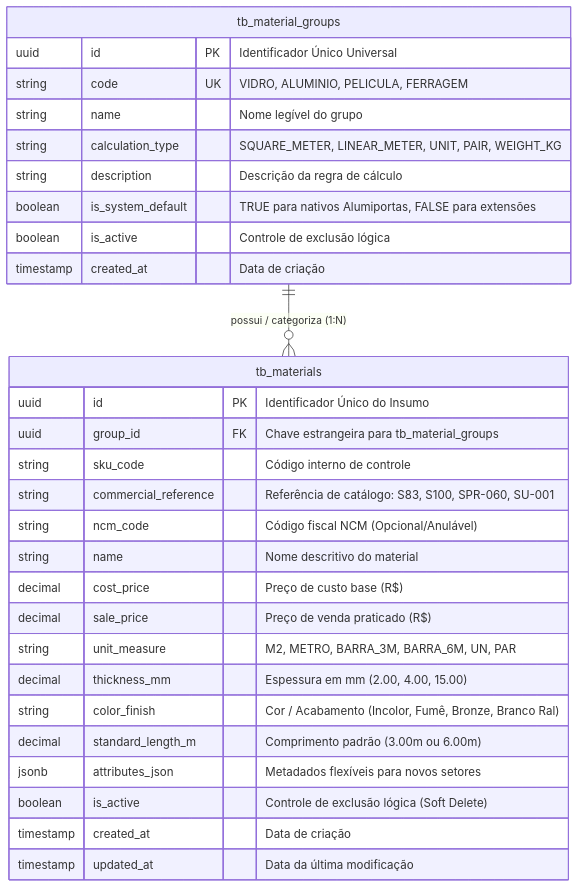
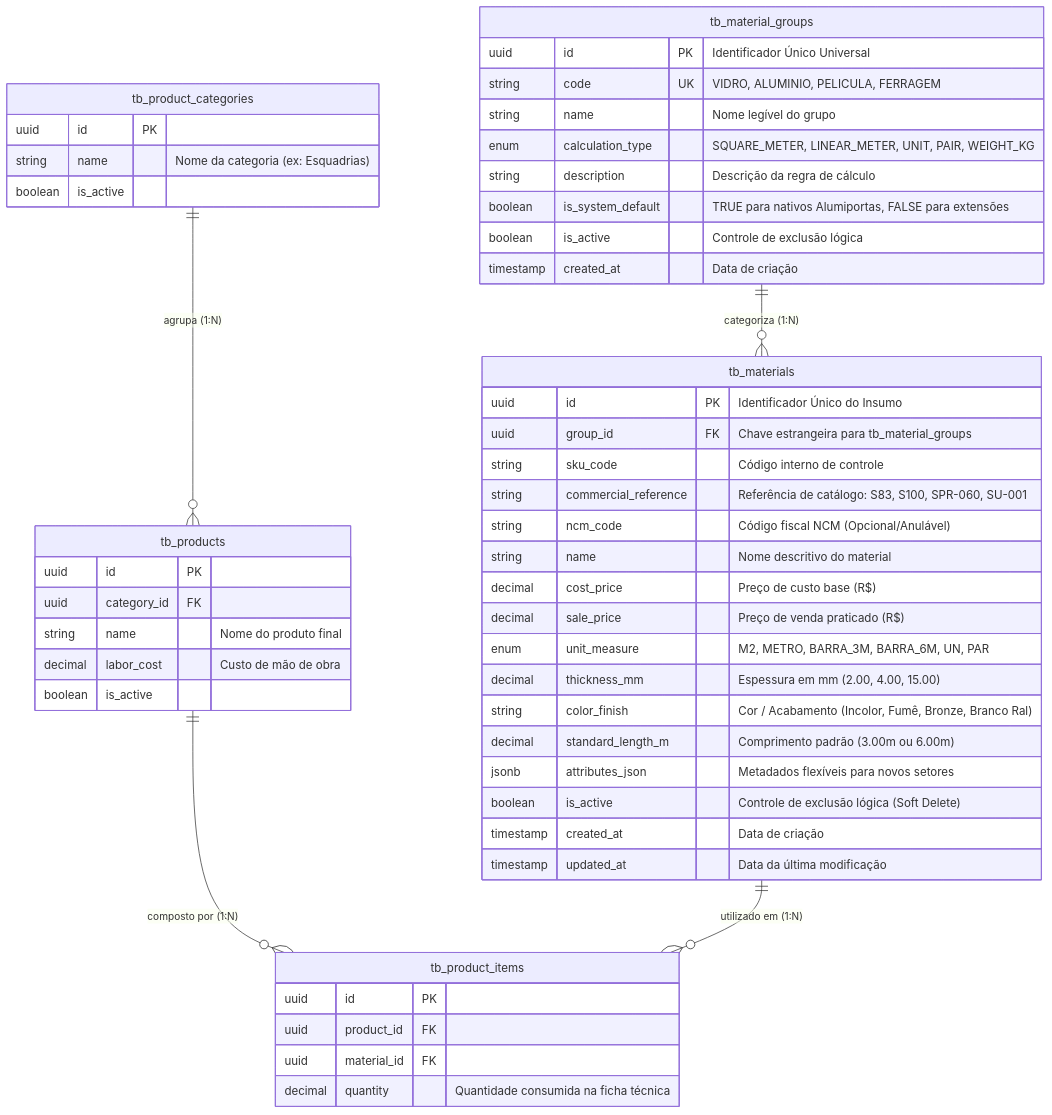
Before and after one commit to ADS-IFPB-SR/alumigest: the diagram in docs/sistema/001-analise-projeto/DER-Catalogo_Materiais.md, drawn with Mermaid. The commit also changed other lines of this file and 15 other files, not shown here.

````diff
--- a/docs/sistema/001-analise-projeto/DER-Catalogo_Materiais.md
+++ b/docs/sistema/001-analise-projeto/DER-Catalogo_Materiais.md
@@ -27,34 +27,58 @@
 ```mermaid
 erDiagram
-    tb_material_groups ||--o{ tb_materials : "possui / categoriza (1:N)"
+    tb_material_groups ||--o{ tb_materials : "categoriza (1:N)"
+    tb_product_categories ||--o{ tb_products : "agrupa (1:N)"
+    tb_products ||--o{ tb_product_items : "composto por (1:N)"
+    tb_materials ||--o{ tb_product_items : "utilizado em (1:N)"
     
     tb_material_groups {
         uuid id PK "Identificador Único Universal"
         string code UK "VIDRO, ALUMINIO, PELICULA, FERRAGEM"
         string name "Nome legível do grupo"
-        string calculation_type "SQUARE_METER, LINEAR_METER, UNIT, PAIR, WEIGHT_KG"
+        enum calculation_type "SQUARE_METER, LINEAR_METER, UNIT, PAIR, WEIGHT_KG"
         string description "Descrição da regra de cálculo"
         boolean is_system_default "TRUE para nativos Alumiportas, FALSE para extensões"
         boolean is_active "Controle de exclusão lógica"
         timestamp created_at "Data de criação"
     }
 
     tb_materials {
         uuid id PK "Identificador Único do Insumo"
         uuid group_id FK "Chave estrangeira para tb_material_groups"
         string sku_code "Código interno de controle"
         string commercial_reference "Referência de catálogo: S83, S100, SPR-060, SU-001"
         string ncm_code "Código fiscal NCM (Opcional/Anulável)"
         string name "Nome descritivo do material"
         decimal cost_price "Preço de custo base (R$)"
         decimal sale_price "Preço de venda praticado (R$)"
-        string unit_measure "M2, METRO, BARRA_3M, BARRA_6M, UN, PAR"
+        enum unit_measure "M2, METRO, BARRA_3M, BARRA_6M, UN, PAR"
         decimal thickness_mm "Espessura em mm (2.00, 4.00, 15.00)"
         string color_finish "Cor / Acabamento (Incolor, Fumê, Bronze, Branco Ral)"
         decimal standard_length_m "Comprimento padrão (3.00m ou 6.00m)"
         jsonb attributes_json "Metadados flexíveis para novos setores"
         boolean is_active "Controle de exclusão lógica (Soft Delete)"
         timestamp created_at "Data de criação"
         timestamp updated_at "Data da última modificação"
     }
+
+    tb_product_categories {
+        uuid id PK
+        string name "Nome da categoria (ex: Esquadrias)"
+        boolean is_active
+    }
+
+    tb_products {
+        uuid id PK
+        uuid category_id FK
+        string name "Nome do produto final"
+        decimal labor_cost "Custo de mão de obra"
+        boolean is_active
+    }
+
+    tb_product_items {
+        uuid id PK
+        uuid product_id FK
+        uuid material_id FK
+        decimal quantity "Quantidade consumida na ficha técnica"
+    }
 ```
````
